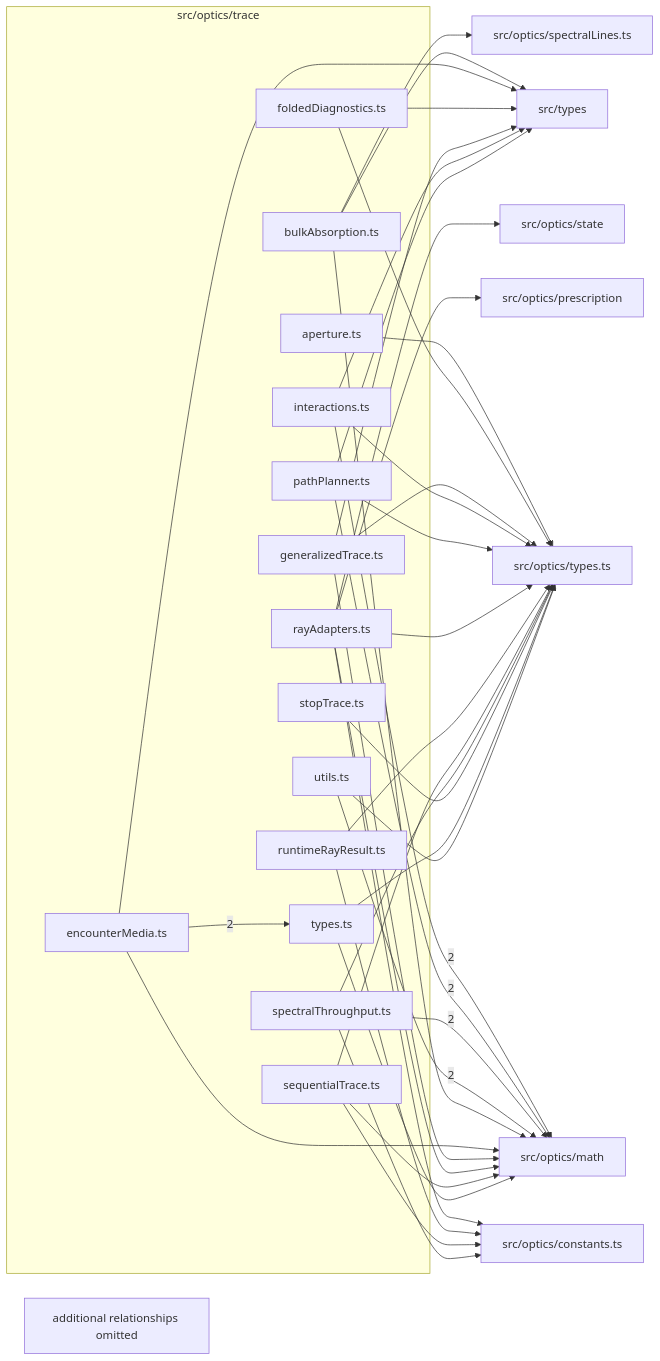
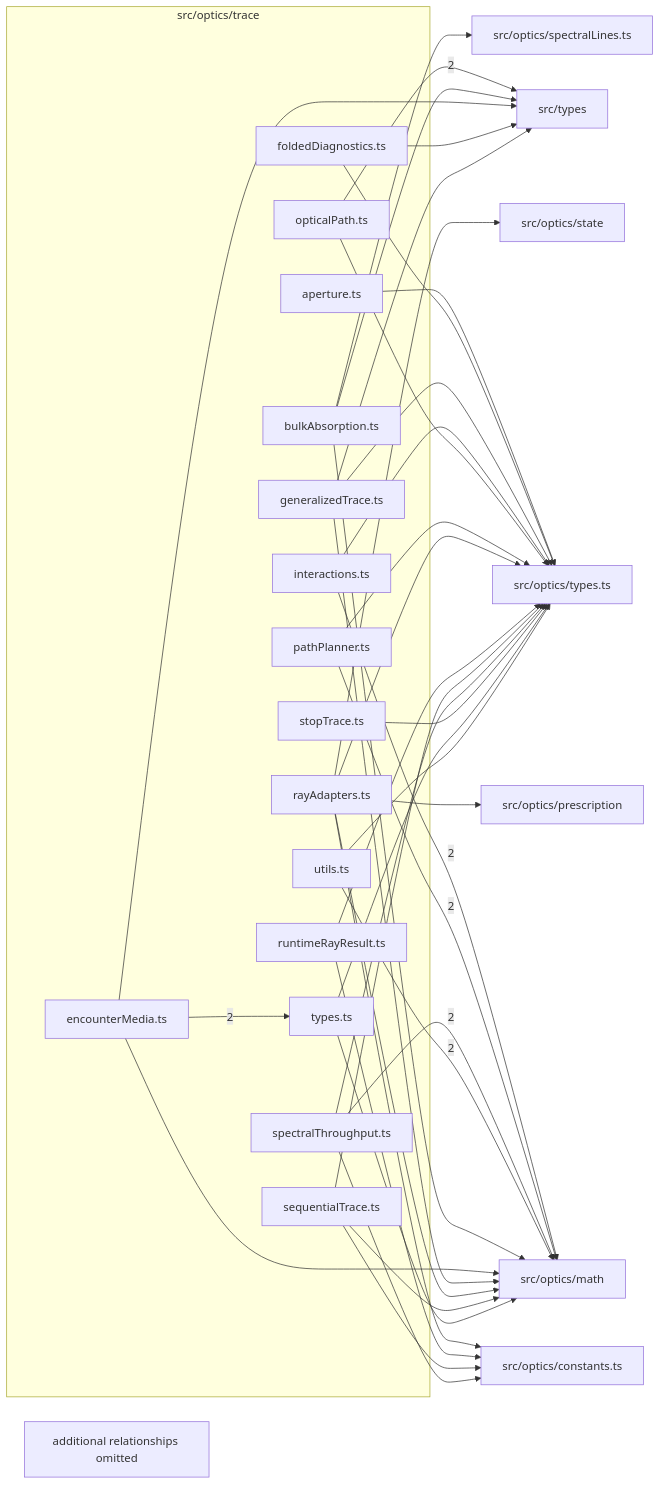
Before and after one commit to ronbuening/LensVisualizer: the diagram in src/optics/trace/readme.md, drawn with Mermaid. The commit also changed other lines of this file and 16 other files, not shown here.

Commit message:
feat(optics): add optical path and scalar Huygens diffraction

````diff
--- a/src/optics/trace/readme.md
+++ b/src/optics/trace/readme.md
@@ -9,63 +9,64 @@
 ```mermaid
 flowchart LR
   subgraph n_src_optics_trace["src/optics/trace"]
     n_src_optics_trace_src_optics_trace_aperture_ts["aperture.ts"]
     n_src_optics_trace_src_optics_trace_bulkAbsorption_ts["bulkAbsorption.ts"]
     n_src_optics_trace_src_optics_trace_encounterMedia_ts["encounterMedia.ts"]
     n_src_optics_trace_src_optics_trace_foldedDiagnostics_ts["foldedDiagnostics.ts"]
     n_src_optics_trace_src_optics_trace_generalizedTrace_ts["generalizedTrace.ts"]
     n_src_optics_trace_src_optics_trace_interactions_ts["interactions.ts"]
+    n_src_optics_trace_src_optics_trace_opticalPath_ts["opticalPath.ts"]
     n_src_optics_trace_src_optics_trace_pathPlanner_ts["pathPlanner.ts"]
     n_src_optics_trace_src_optics_trace_rayAdapters_ts["rayAdapters.ts"]
     n_src_optics_trace_src_optics_trace_runtimeRayResult_ts["runtimeRayResult.ts"]
     n_src_optics_trace_src_optics_trace_sequentialTrace_ts["sequentialTrace.ts"]
     n_src_optics_trace_src_optics_trace_spectralThroughput_ts["spectralThroughput.ts"]
     n_src_optics_trace_src_optics_trace_stopTrace_ts["stopTrace.ts"]
     n_src_optics_trace_src_optics_trace_types_ts["types.ts"]
     n_src_optics_trace_src_optics_trace_utils_ts["utils.ts"]
   end
   n_external_src_optics_math["src/optics/math"]
+  n_external_src_types["src/types"]
   n_external_src_optics_constants_ts["src/optics/constants.ts"]
   n_external_src_optics_prescription["src/optics/prescription"]
   n_external_src_optics_spectralLines_ts["src/optics/spectralLines.ts"]
   n_external_src_optics_state["src/optics/state"]
   n_external_src_optics_types_ts["src/optics/types.ts"]
-  n_external_src_types["src/types"]
   n_src_optics_trace_src_optics_trace_interactions_ts --> |2| n_external_src_optics_math
   n_src_optics_trace_src_optics_trace_pathPlanner_ts --> |2| n_external_src_optics_math
   n_src_optics_trace_src_optics_trace_spectralThroughput_ts --> |2| n_external_src_optics_math
   n_src_optics_trace_src_optics_trace_utils_ts --> |2| n_external_src_optics_math
+  n_src_optics_trace_src_optics_trace_opticalPath_ts --> |2| n_external_src_types
   n_src_optics_trace_src_optics_trace_encounterMedia_ts --> |2| n_src_optics_trace_src_optics_trace_types_ts
   n_src_optics_trace_src_optics_trace_rayAdapters_ts --> n_external_src_optics_constants_ts
   n_src_optics_trace_src_optics_trace_runtimeRayResult_ts --> n_external_src_optics_constants_ts
   n_src_optics_trace_src_optics_trace_sequentialTrace_ts --> n_external_src_optics_constants_ts
   n_src_optics_trace_src_optics_trace_spectralThroughput_ts --> n_external_src_optics_constants_ts
   n_src_optics_trace_src_optics_trace_bulkAbsorption_ts --> n_external_src_optics_math
   n_src_optics_trace_src_optics_trace_encounterMedia_ts --> n_external_src_optics_math
   n_src_optics_trace_src_optics_trace_generalizedTrace_ts --> n_external_src_optics_math
   n_src_optics_trace_src_optics_trace_rayAdapters_ts --> n_external_src_optics_math
   n_src_optics_trace_src_optics_trace_sequentialTrace_ts --> n_external_src_optics_math
   n_src_optics_trace_src_optics_trace_types_ts --> n_external_src_optics_math
   n_src_optics_trace_src_optics_trace_rayAdapters_ts --> n_external_src_optics_prescription
   n_src_optics_trace_src_optics_trace_bulkAbsorption_ts --> n_external_src_optics_spectralLines_ts
   n_src_optics_trace_src_optics_trace_rayAdapters_ts --> n_external_src_optics_state
   n_src_optics_trace_src_optics_trace_aperture_ts --> n_external_src_optics_types_ts
   n_src_optics_trace_src_optics_trace_foldedDiagnostics_ts --> n_external_src_optics_types_ts
   n_src_optics_trace_src_optics_trace_generalizedTrace_ts --> n_external_src_optics_types_ts
   n_src_optics_trace_src_optics_trace_interactions_ts --> n_external_src_optics_types_ts
+  n_src_optics_trace_src_optics_trace_opticalPath_ts --> n_external_src_optics_types_ts
   n_src_optics_trace_src_optics_trace_pathPlanner_ts --> n_external_src_optics_types_ts
   n_src_optics_trace_src_optics_trace_rayAdapters_ts --> n_external_src_optics_types_ts
   n_src_optics_trace_src_optics_trace_runtimeRayResult_ts --> n_external_src_optics_types_ts
   n_src_optics_trace_src_optics_trace_sequentialTrace_ts --> n_external_src_optics_types_ts
   n_src_optics_trace_src_optics_trace_spectralThroughput_ts --> n_external_src_optics_types_ts
   n_src_optics_trace_src_optics_trace_stopTrace_ts --> n_external_src_optics_types_ts
   n_src_optics_trace_src_optics_trace_types_ts --> n_external_src_optics_types_ts
   n_src_optics_trace_src_optics_trace_utils_ts --> n_external_src_optics_types_ts
   n_src_optics_trace_src_optics_trace_bulkAbsorption_ts --> n_external_src_types
   n_src_optics_trace_src_optics_trace_encounterMedia_ts --> n_external_src_types
   n_src_optics_trace_src_optics_trace_foldedDiagnostics_ts --> n_external_src_types
   n_src_optics_trace_src_optics_trace_generalizedTrace_ts --> n_external_src_types
-  n_src_optics_trace_src_optics_trace_interactions_ts --> n_external_src_types
-  n_src_optics_trace_src_optics_trace_pathPlanner_ts --> n_external_src_types
   n_src_optics_trace_truncated["additional relationships omitted"]
 ```
````
